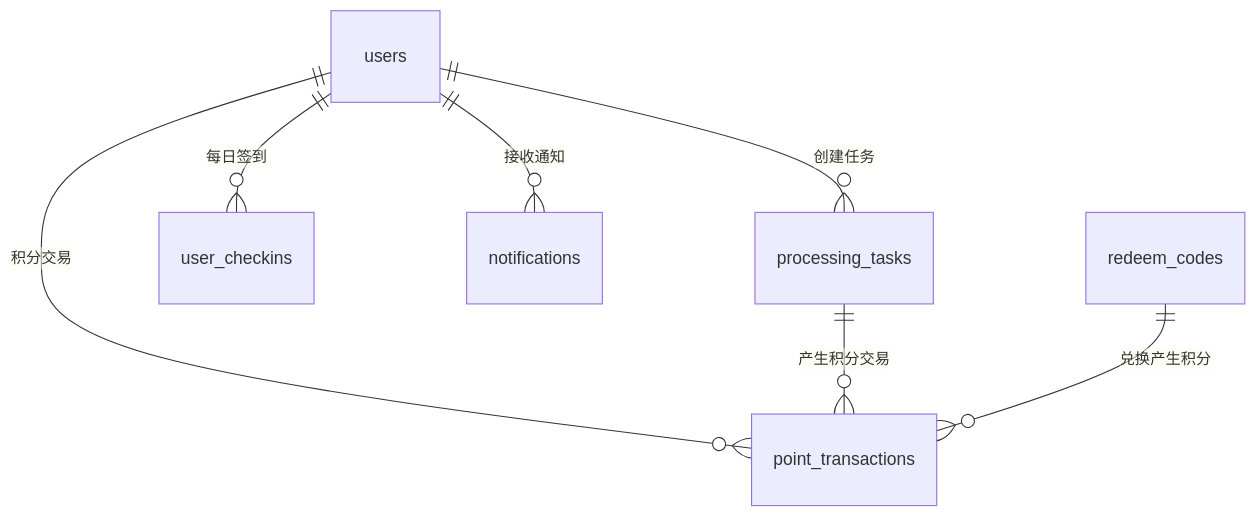
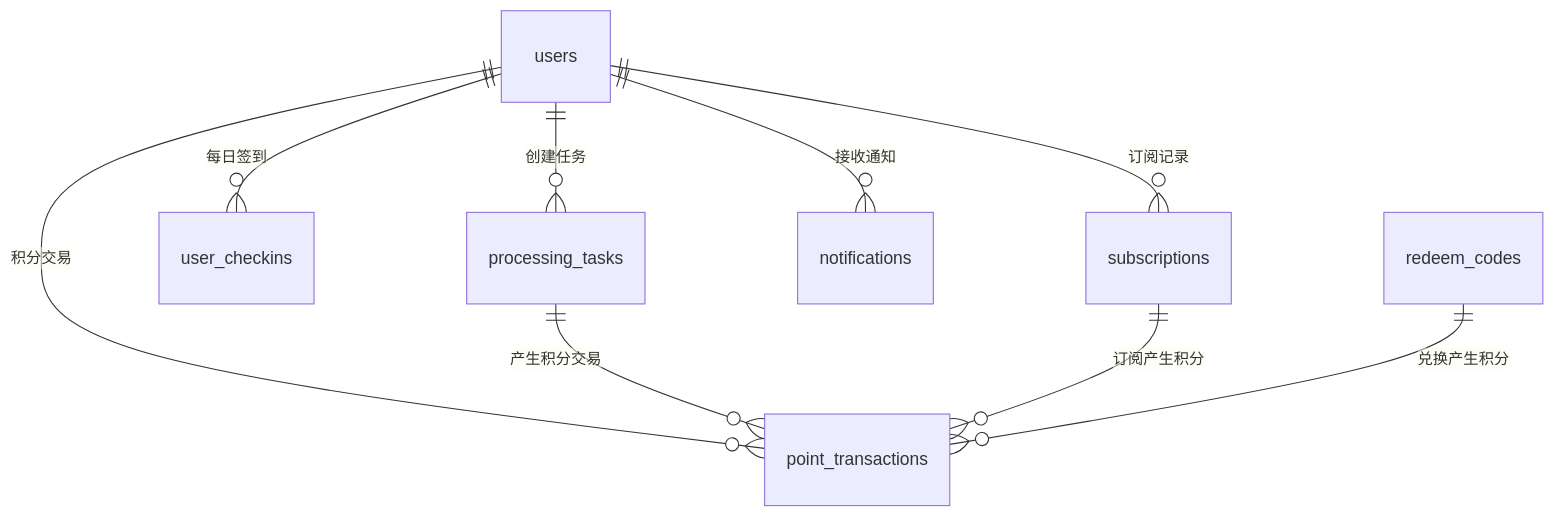
Before and after one commit to Len12749/web_zhiyi_en: the diagram in 部分板块文档/智译平台数据库设计文档.md, drawn with Mermaid. The commit also changed other lines of this file and 23 other files, not shown here.

````diff
--- a/部分板块文档/智译平台数据库设计文档.md
+++ b/部分板块文档/智译平台数据库设计文档.md
@@ -141,11 +174,13 @@
 ```mermaid
 erDiagram
     users ||--o{ processing_tasks : "创建任务"
     users ||--o{ point_transactions : "积分交易"
     users ||--o{ user_checkins : "每日签到"
+    users ||--o{ subscriptions : "订阅记录"
     users ||--o{ notifications : "接收通知"
     
     processing_tasks ||--o{ point_transactions : "产生积分交易"
+    subscriptions ||--o{ point_transactions : "订阅产生积分"
     
     redeem_codes ||--o{ point_transactions : "兑换产生积分"
 ```
````
